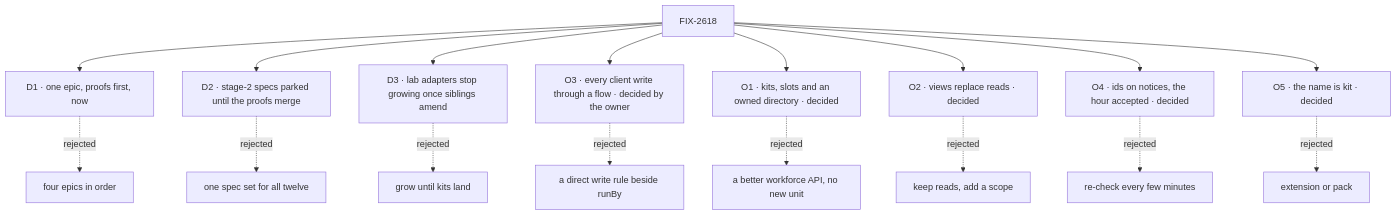
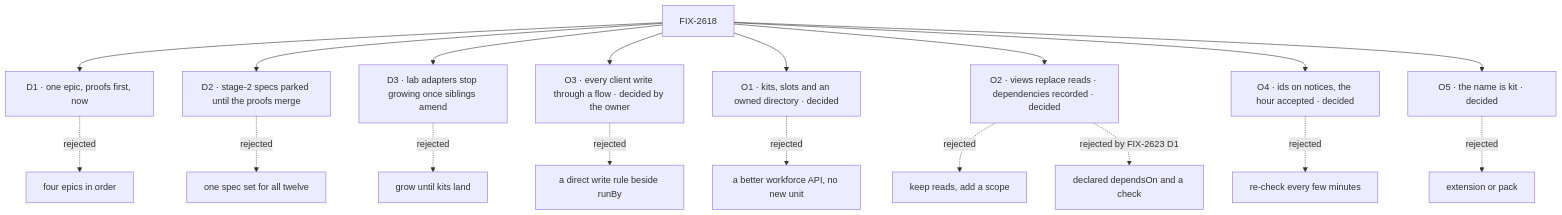
One commit to fixpoint-labs/flow-state-dev changed the diagram in specs/epics/FIX-2618/DECISIONS.md. Above: the diagram before and after it, drawn with Mermaid. The commit also changed other lines of this file and 12 other files, not shown here.

````diff
--- a/specs/epics/FIX-2618/DECISIONS.md
+++ b/specs/epics/FIX-2618/DECISIONS.md
@@ -12,19 +12,20 @@
 ```mermaid
 flowchart TD
   E["FIX-2618"] --> D1["D1 · one epic, proofs first, now"]
   D1 -.->|"rejected"| X1["four epics in order"]
   E --> D2["D2 · stage-2 specs parked until the proofs merge"]
   D2 -.->|"rejected"| X2["one spec set for all twelve"]
   E --> D3["D3 · lab adapters stop growing once siblings amend"]
   D3 -.->|"rejected"| X3["grow until kits land"]
   E --> O3["O3 · every client write through a flow · decided by the owner"]
   O3 -.->|"rejected"| X4["a direct write rule beside runBy"]
   E --> O1["O1 · kits, slots and an owned directory · decided"]
   O1 -.->|"rejected"| X5["a better workforce API, no new unit"]
-  E --> O2["O2 · views replace reads · decided"]
+  E --> O2["O2 · views replace reads · dependencies recorded · decided"]
   O2 -.->|"rejected"| X6["keep reads, add a scope"]
+  O2 -.->|"rejected by FIX-2623 D1"| X9["declared dependsOn and a check"]
   E --> O4["O4 · ids on notices, the hour accepted · decided"]
   O4 -.->|"rejected"| X7["re-check every few minutes"]
   E --> O5["O5 · the name is kit · decided"]
   O5 -.->|"rejected"| X8["extension or pack"]
 ```
````
